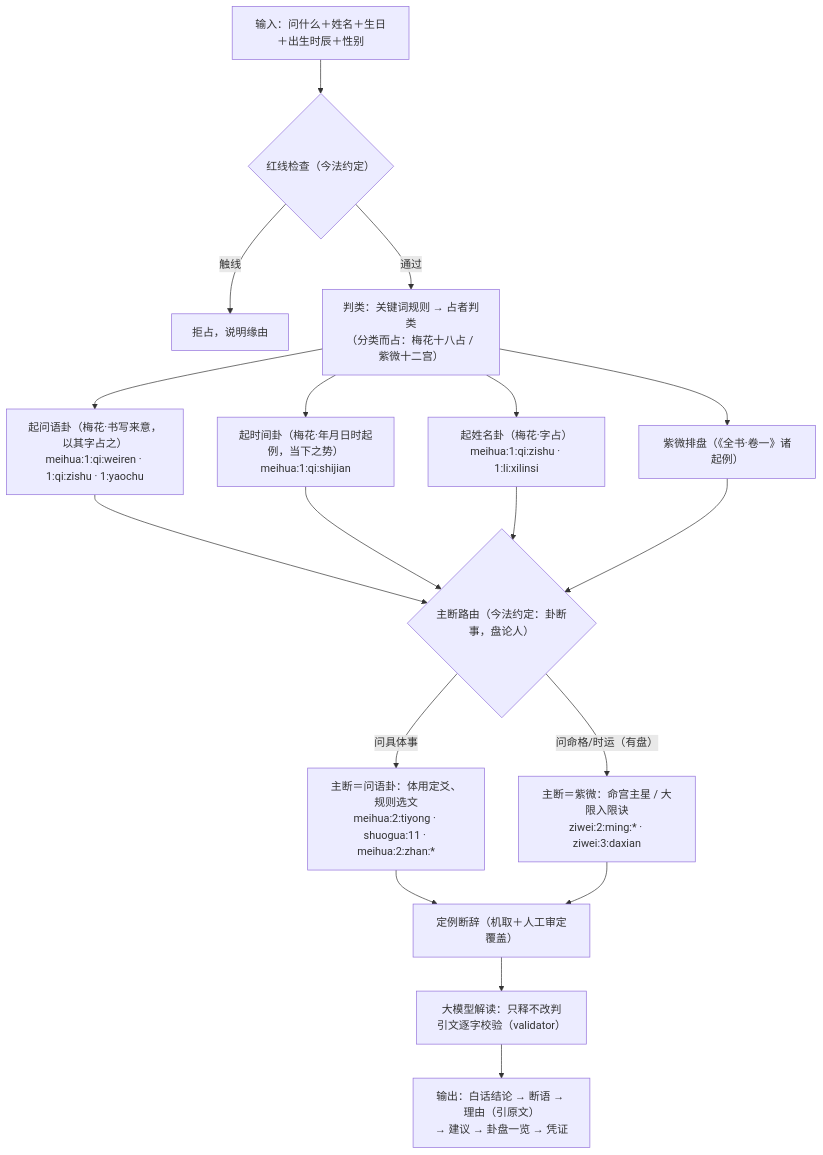
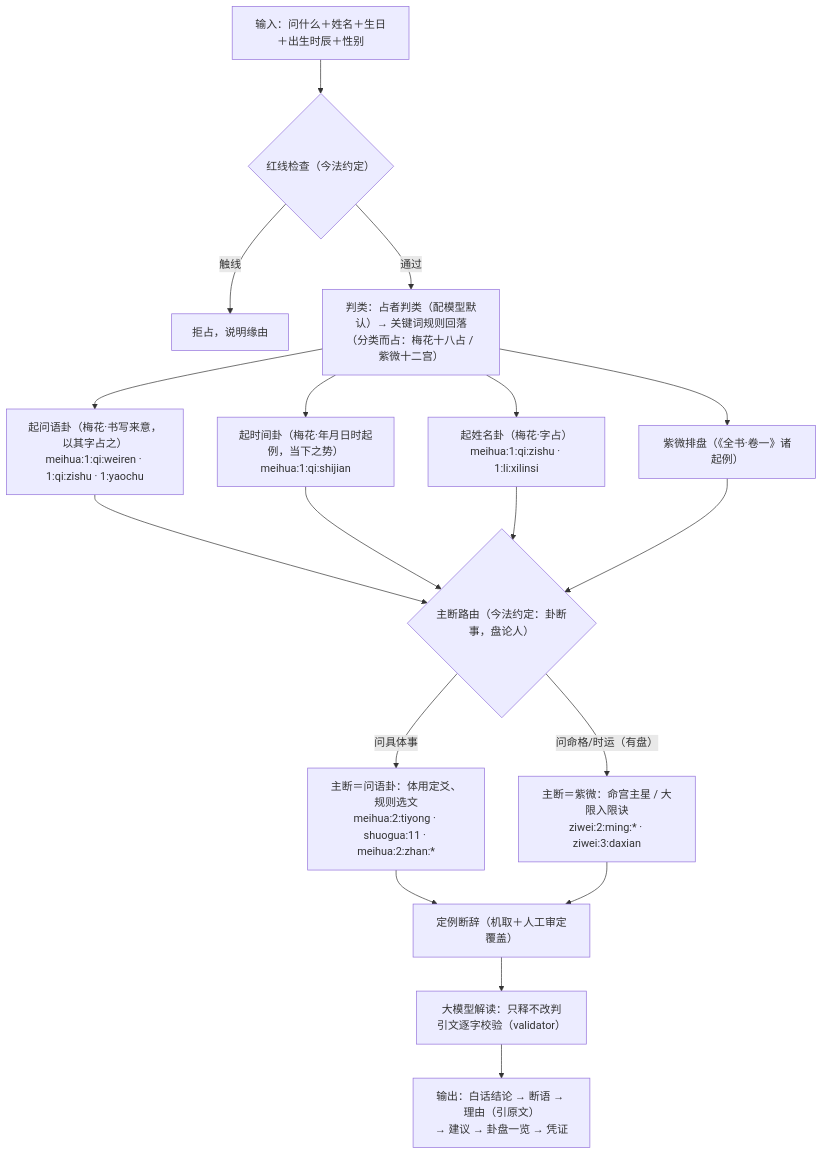
Before and after one commit to LL145/Zhihu: the diagram in ALGORITHM.md, drawn with Mermaid. The commit also changed other lines of this file and 9 other files, not shown here.

````diff
--- a/ALGORITHM.md
+++ b/ALGORITHM.md
@@ -40,20 +40,20 @@
 ```mermaid
 flowchart TD
     IN["输入：问什么＋姓名＋生日＋出生时辰＋性别"] --> RL{"红线检查（今法约定）"}
     RL -- 触线 --> REFUSE["拒占，说明缘由"]
-    RL -- 通过 --> TP["判类：关键词规则 → 占者判类<br/>（分类而占：梅花十八占 / 紫微十二宫）"]
+    RL -- 通过 --> TP["判类：占者判类（配模型默认）→ 关键词规则回落<br/>（分类而占：梅花十八占 / 紫微十二宫）"]
     TP --> C0["起问语卦（梅花·书写来意，以其字占之）<br/>meihua:1:qi:weiren · 1:qi:zishu · 1:yaochu"]
     TP --> C1["起时间卦（梅花·年月日时起例，当下之势）<br/>meihua:1:qi:shijian"]
     TP --> C2["起姓名卦（梅花·字占）<br/>meihua:1:qi:zishu · 1:li:xilinsi"]
     TP --> C3["紫微排盘（《全书·卷一》诸起例）"]
     C0 --> ROUTE{"主断路由（今法约定：卦断事，盘论人）"}
     C1 --> ROUTE
     C2 --> ROUTE
     C3 --> ROUTE
     ROUTE -- "问具体事" --> E1["主断＝问语卦：体用定爻、规则选文<br/>meihua:2:tiyong · shuogua:11 · meihua:2:zhan:*"]
     ROUTE -- "问命格/时运（有盘）" --> Z1["主断＝紫微：命宫主星 / 大限入限诀<br/>ziwei:2:ming:* · ziwei:3:daxian"]
     E1 --> V["定例断辞（机取＋人工审定覆盖）"]
     Z1 --> V
     V --> LLM["大模型解读：只释不改判<br/>引文逐字校验（validator）"]
     LLM --> OUT["输出：白话结论 → 断语 → 理由（引原文）<br/>→ 建议 → 卦盘一览 → 凭证"]
 ```
````
